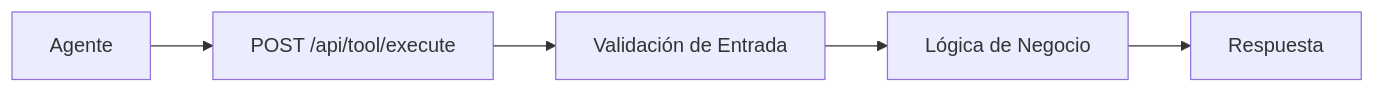
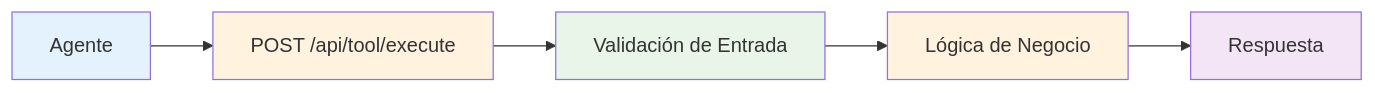
The second of 3 diagrams in docs/CONCEPTS.md (MauricioPerera/agent-tool-description-format), drawn with Mermaid before and after one commit. The commit also changed other lines of this file and 14 other files, not shown here.

````diff
--- a/docs/CONCEPTS.md
+++ b/docs/CONCEPTS.md
@@ -128,7 +133,13 @@
 ```mermaid
-graph LR
+flowchart LR
     A[Agente] --> B[POST /api/tool/execute]
     B --> C[Validación de Entrada]
     C --> D[Lógica de Negocio]
     D --> E[Respuesta]
+    
+    style A fill:#e3f2fd
+    style B fill:#fff3e0
+    style C fill:#e8f5e8
+    style D fill:#fff3e0
+    style E fill:#f3e5f5
 ```
````
